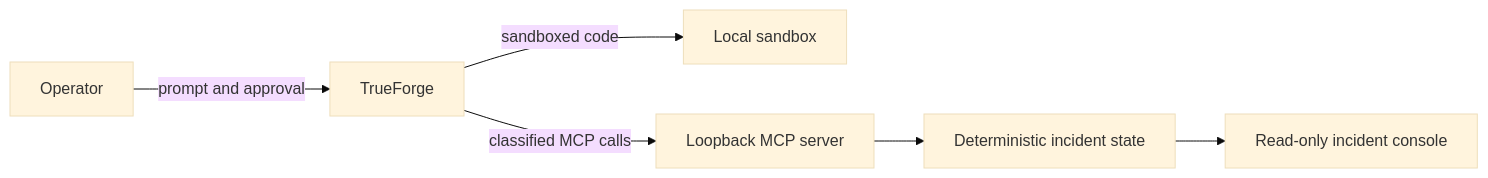
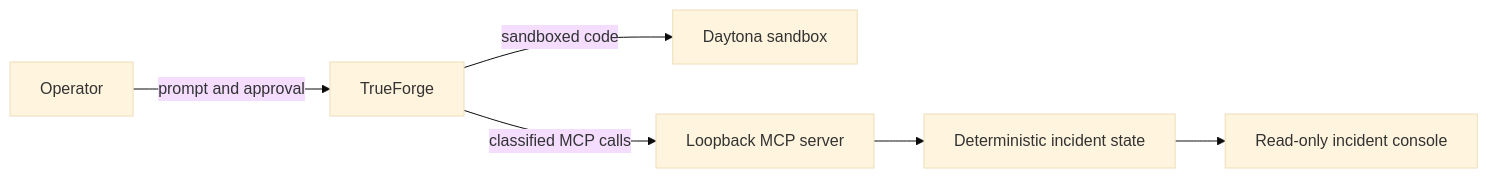
Before and after one commit to charannyk06/failsafe-trueforge: the diagram in docs/threat-model.md, drawn with Mermaid (base theme). The commit also changed other lines of this file and 3 other files, not shown here.

````diff
--- a/docs/threat-model.md
+++ b/docs/threat-model.md
@@ -17,8 +17,8 @@
 ```mermaid
 flowchart LR
     O[Operator] -->|prompt and approval| TF[TrueForge]
-    TF -->|sandboxed code| SB[Local sandbox]
+    TF -->|sandboxed code| SB[Daytona sandbox]
     TF -->|classified MCP calls| MCP[Loopback MCP server]
     MCP --> STATE[Deterministic incident state]
     STATE --> UI[Read-only incident console]
 ```
````
